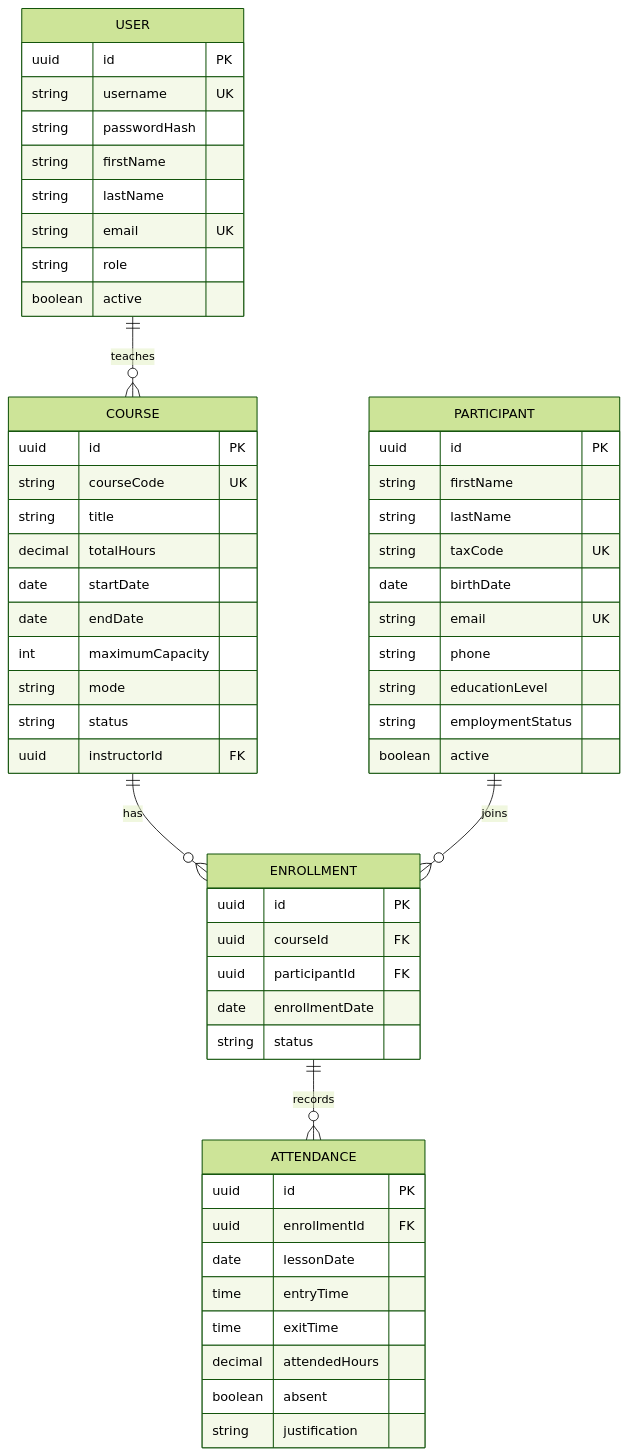
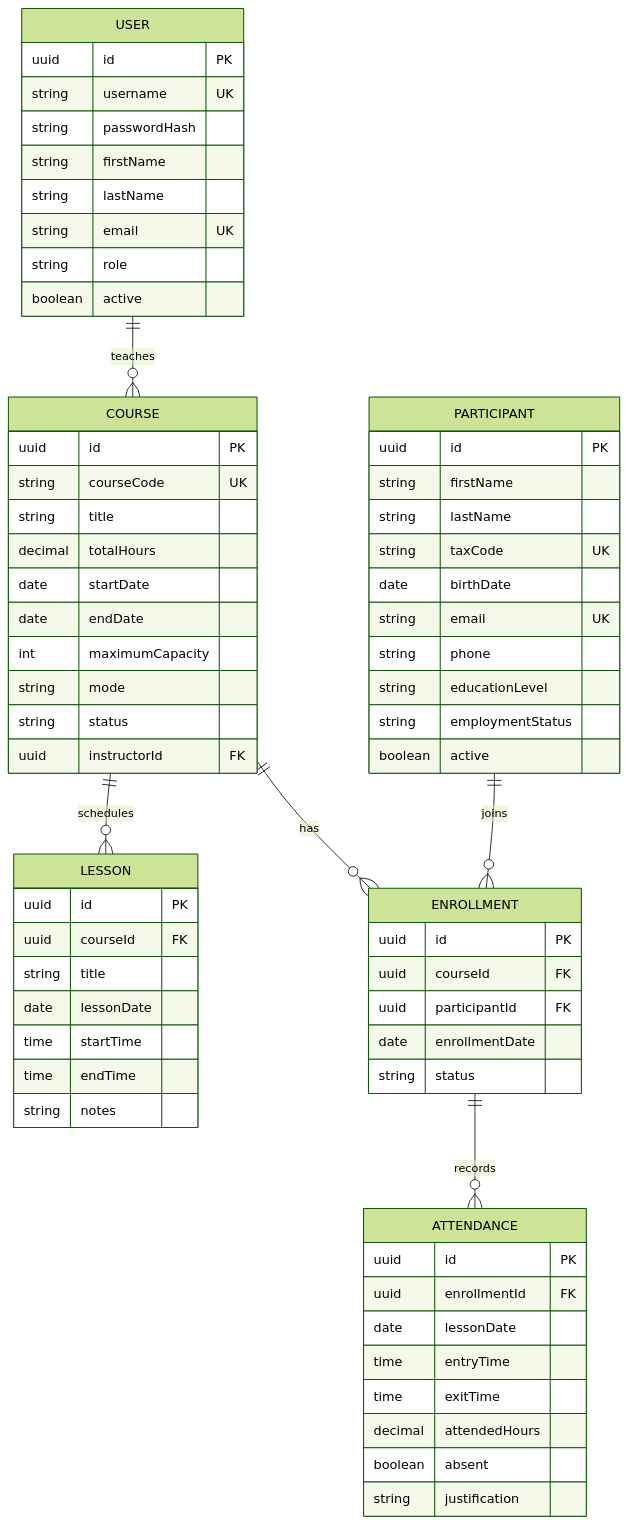
Before and after one commit to Mor33mila/traininghub: the diagram in docs/data-model.md, drawn with Mermaid (forest theme). The commit also changed other lines of this file and 18 other files, not shown here.

````diff
--- a/docs/data-model.md
+++ b/docs/data-model.md
@@ -5,58 +5,68 @@
 ```mermaid
 erDiagram
     USER ||--o{ COURSE : teaches
+    COURSE ||--o{ LESSON : schedules
     COURSE ||--o{ ENROLLMENT : has
     PARTICIPANT ||--o{ ENROLLMENT : joins
     ENROLLMENT ||--o{ ATTENDANCE : records
     USER {
         uuid id PK
         string username UK
         string passwordHash
         string firstName
         string lastName
         string email UK
         string role
         boolean active
     }
     COURSE {
         uuid id PK
         string courseCode UK
         string title
         decimal totalHours
         date startDate
         date endDate
         int maximumCapacity
         string mode
         string status
         uuid instructorId FK
+    }
+    LESSON {
+        uuid id PK
+        uuid courseId FK
+        string title
+        date lessonDate
+        time startTime
+        time endTime
+        string notes
     }
     PARTICIPANT {
         uuid id PK
         string firstName
         string lastName
         string taxCode UK
         date birthDate
         string email UK
         string phone
         string educationLevel
         string employmentStatus
         boolean active
     }
     ENROLLMENT {
         uuid id PK
         uuid courseId FK
         uuid participantId FK
         date enrollmentDate
         string status
     }
     ATTENDANCE {
         uuid id PK
         uuid enrollmentId FK
         date lessonDate
         time entryTime
         time exitTime
         decimal attendedHours
         boolean absent
         string justification
     }
 ```
````
